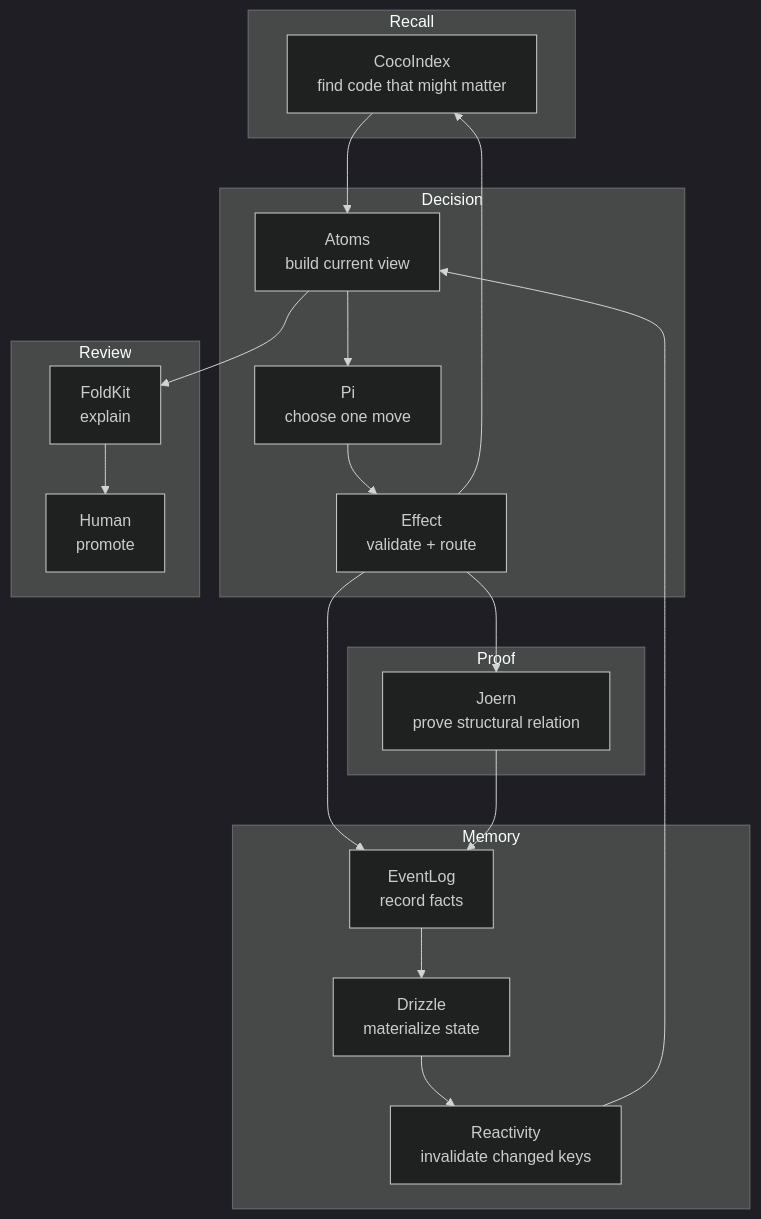
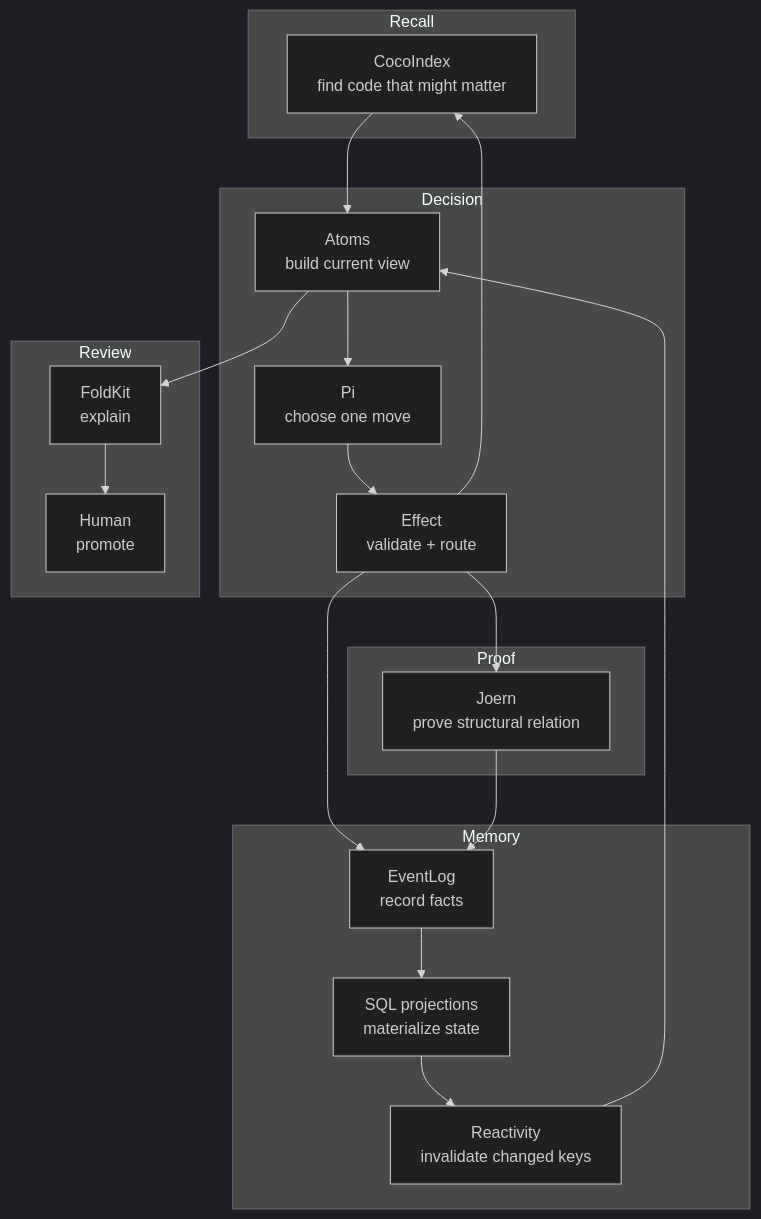
The tenth of 11 diagrams in docs/attuned/Attune Discovery v0 Architecture Model.md (becker63/attune), drawn with Mermaid (dark theme) before and after one commit. The commit also changed other lines of this file and 320 other files, not shown here.

````diff
--- a/docs/attuned/Attune Discovery v0 Architecture Model.md
+++ b/docs/attuned/Attune Discovery v0 Architecture Model.md
@@ -516,40 +516,40 @@
 ```mermaid
 flowchart TD
   subgraph Recall["Recall"]
     A["CocoIndex<br/>find code that might matter"]
   end
 
   subgraph Decision["Decision"]
     B["Atoms<br/>build current view"]
     C["Pi<br/>choose one move"]
     D["Effect<br/>validate + route"]
   end
 
   subgraph Proof["Proof"]
     E["Joern<br/>prove structural relation"]
   end
 
   subgraph Memory["Memory"]
     F["EventLog<br/>record facts"]
-    G["Drizzle<br/>materialize state"]
+    G["SQL projections<br/>materialize state"]
     R["Reactivity<br/>invalidate changed keys"]
   end
 
   subgraph Review["Review"]
     H["FoldKit<br/>explain"]
     I["Human<br/>promote"]
   end
 
   A --> B
   B --> C
   C --> D
   D --> A
   D --> E
   D --> F
   E --> F
   F --> G
   G --> R
   R --> B
   B --> H
   H --> I
 ```
````
